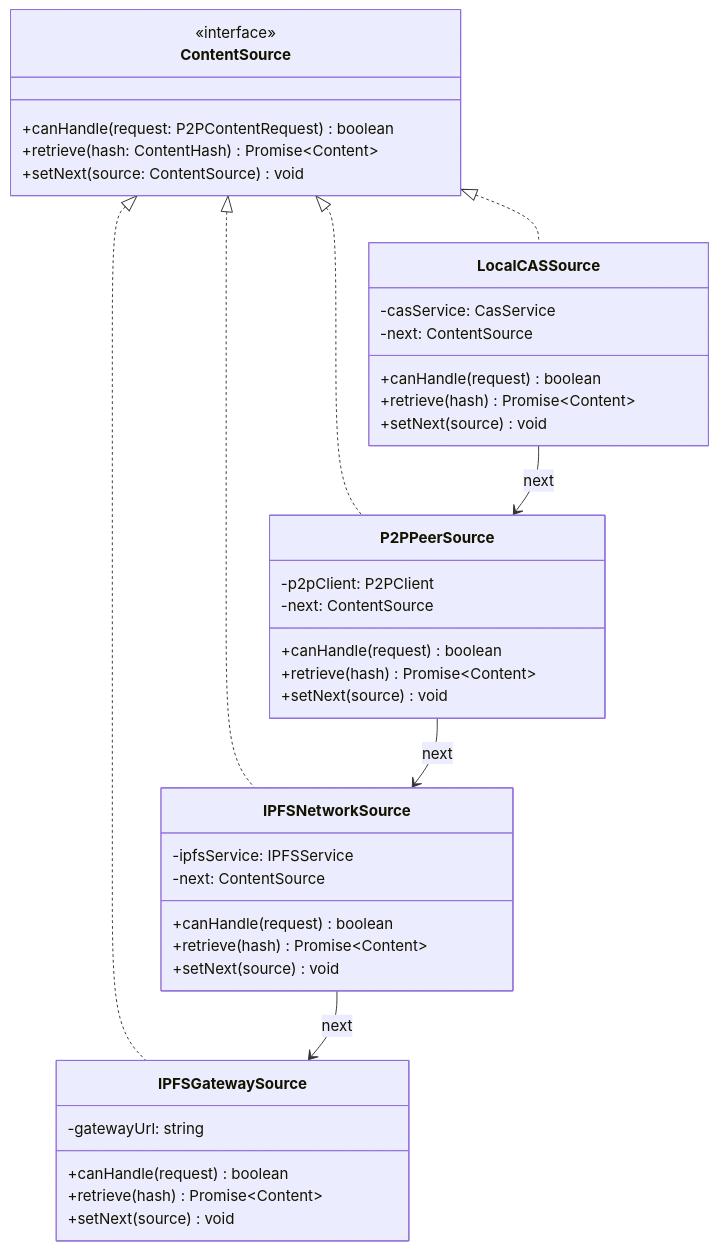
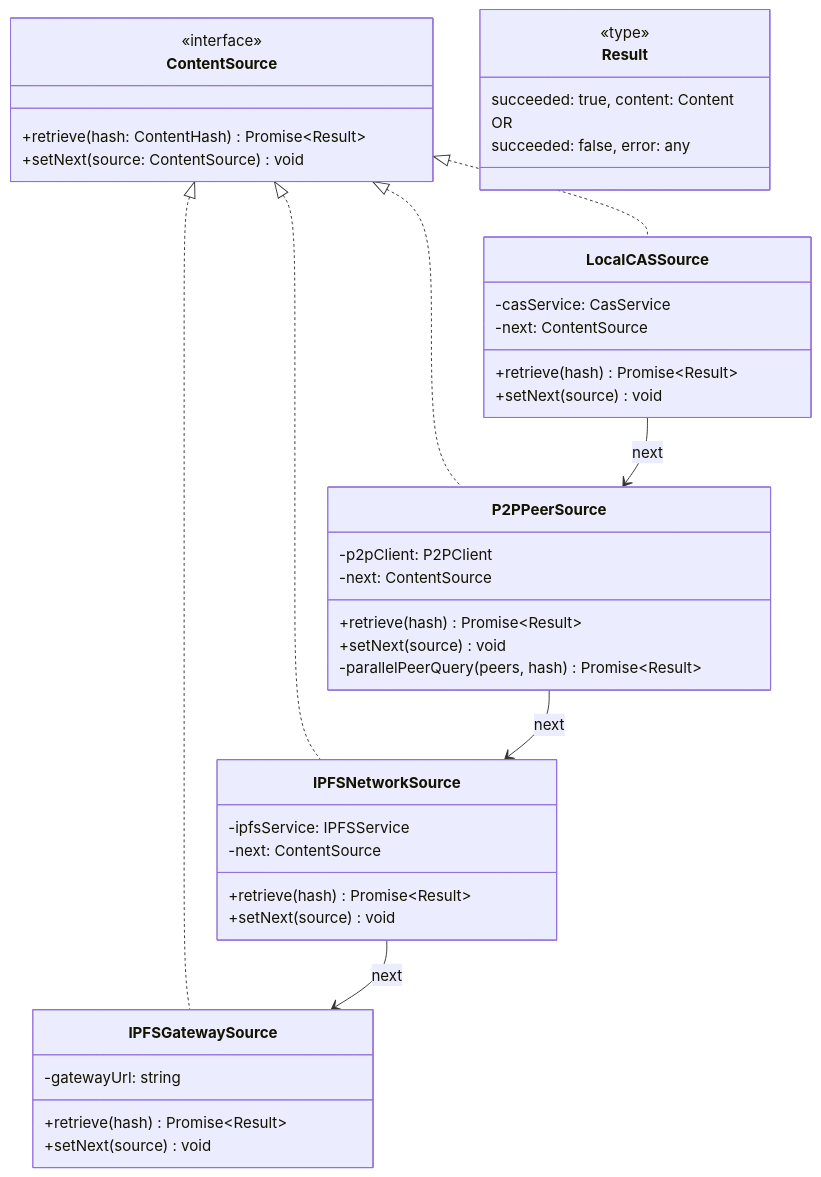
The third of 13 diagrams in docs/06-roadmap/phases/phase-3-p2p/ipfs-p2p-integration.md (o2alexanderfedin/angular-cas-disot), drawn with Mermaid before and after one commit. The commit also changed other lines of this file and 1 other file, not shown here.

````diff
--- a/docs/06-roadmap/phases/phase-3-p2p/ipfs-p2p-integration.md
+++ b/docs/06-roadmap/phases/phase-3-p2p/ipfs-p2p-integration.md
@@ -45,49 +45,52 @@
 ```mermaid
 classDiagram
     class ContentSource {
         <<interface>>
-        +canHandle(request: P2PContentRequest) boolean
-        +retrieve(hash: ContentHash) Promise~Content~
+        +retrieve(hash: ContentHash) Promise~Result~
         +setNext(source: ContentSource) void
+    }
+    
+    class Result {
+        <<type>>
+        succeeded: true, content: Content
+        OR
+        succeeded: false, error: any
     }
     
     class LocalCASSource {
         -casService: CasService
         -next: ContentSource
-        +canHandle(request) boolean
-        +retrieve(hash) Promise~Content~
+        +retrieve(hash) Promise~Result~
         +setNext(source) void
     }
     
     class P2PPeerSource {
         -p2pClient: P2PClient
         -next: ContentSource
-        +canHandle(request) boolean
-        +retrieve(hash) Promise~Content~
+        +retrieve(hash) Promise~Result~
         +setNext(source) void
+        -parallelPeerQuery(peers, hash) Promise~Result~
     }
     
     class IPFSNetworkSource {
         -ipfsService: IPFSService
         -next: ContentSource
-        +canHandle(request) boolean
-        +retrieve(hash) Promise~Content~
+        +retrieve(hash) Promise~Result~
         +setNext(source) void
     }
     
     class IPFSGatewaySource {
         -gatewayUrl: string
-        +canHandle(request) boolean
-        +retrieve(hash) Promise~Content~
+        +retrieve(hash) Promise~Result~
         +setNext(source) void
     }
     
     ContentSource <|.. LocalCASSource
     ContentSource <|.. P2PPeerSource
     ContentSource <|.. IPFSNetworkSource
     ContentSource <|.. IPFSGatewaySource
     
     LocalCASSource --> P2PPeerSource : next
     P2PPeerSource --> IPFSNetworkSource : next
     IPFSNetworkSource --> IPFSGatewaySource : next
 ```
````
